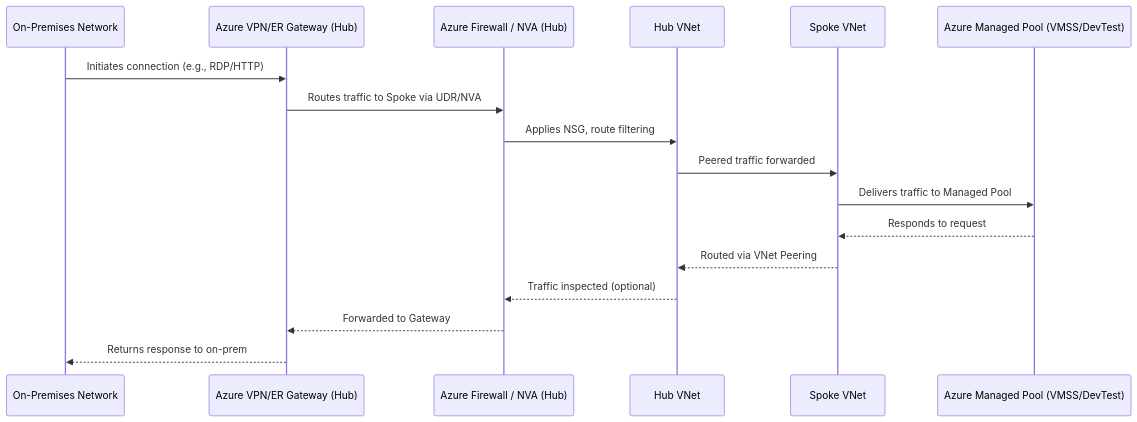
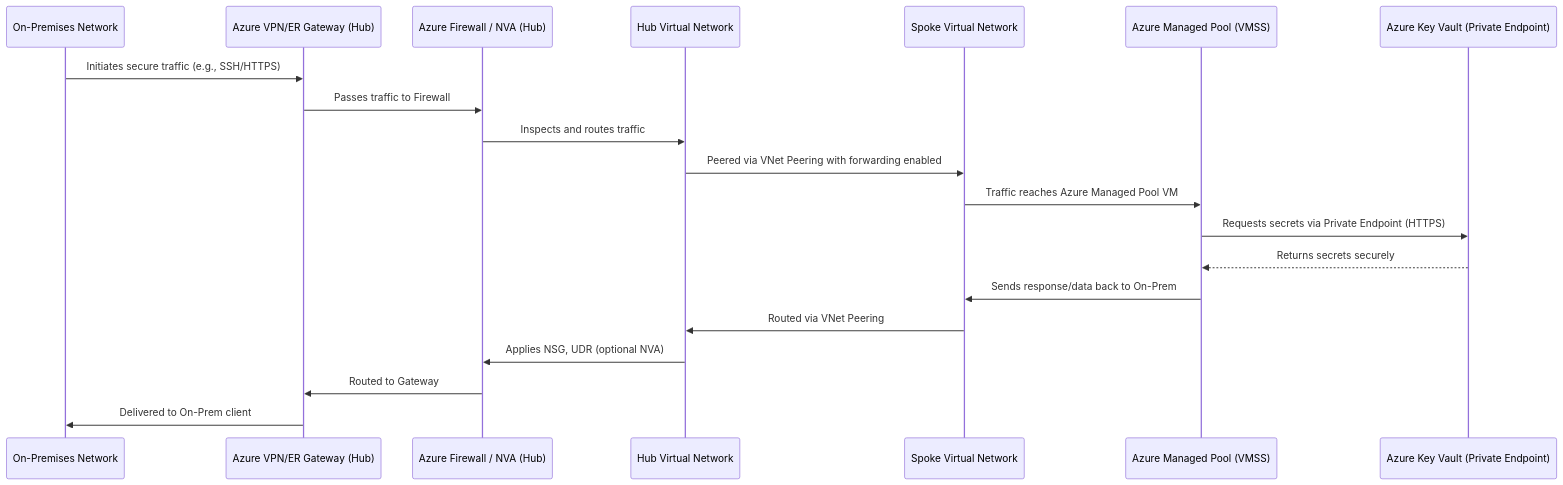
One commit to oigbokwe73/Azure-Policy-On-Resource-Group changed the first of 7 diagrams in README.md. Above: the diagram before and after it, drawn with Mermaid. The commit also changed other lines of this file, not shown here.

````diff
--- a/README.md
+++ b/README.md
@@ -18,21 +13,28 @@
 ```mermaid
 sequenceDiagram
     participant OnPrem as On-Premises Network
     participant VPNGW as Azure VPN/ER Gateway (Hub)
     participant Firewall as Azure Firewall / NVA (Hub)
-    participant HubVNet as Hub VNet
-    participant SpokeVNet as Spoke VNet
-    participant ManagedPool as Azure Managed Pool (VMSS/DevTest)
+    participant HubVNet as Hub Virtual Network
+    participant SpokeVNet as Spoke Virtual Network
+    participant ManagedPool as Azure Managed Pool (VMSS)
+    participant KeyVault as Azure Key Vault (Private Endpoint)
 
-    OnPrem->>VPNGW: Initiates connection (e.g., RDP/HTTP)
-    VPNGW->>Firewall: Routes traffic to Spoke via UDR/NVA
-    Firewall->>HubVNet: Applies NSG, route filtering
-    HubVNet->>SpokeVNet: Peered traffic forwarded
-    SpokeVNet->>ManagedPool: Delivers traffic to Managed Pool
+    %% === On-Prem → Azure Managed Pool ===
+    OnPrem->>VPNGW: Initiates secure traffic (e.g., SSH/HTTPS)
+    VPNGW->>Firewall: Passes traffic to Firewall
+    Firewall->>HubVNet: Inspects and routes traffic
+    HubVNet->>SpokeVNet: Peered via VNet Peering with forwarding enabled
+    SpokeVNet->>ManagedPool: Traffic reaches Azure Managed Pool VM
 
-    ManagedPool-->>SpokeVNet: Responds to request
-    SpokeVNet-->>HubVNet: Routed via VNet Peering
-    HubVNet-->>Firewall: Traffic inspected (optional)
-    Firewall-->>VPNGW: Forwarded to Gateway
-    VPNGW-->>OnPrem: Returns response to on-prem
+    %% === Managed Pool → Key Vault Access ===
+    ManagedPool->>KeyVault: Requests secrets via Private Endpoint (HTTPS)
+    KeyVault-->>ManagedPool: Returns secrets securely
+
+    %% === Azure Managed Pool → On-Prem (Bidirectional) ===
+    ManagedPool->>SpokeVNet: Sends response/data back to On-Prem
+    SpokeVNet->>HubVNet: Routed via VNet Peering
+    HubVNet->>Firewall: Applies NSG, UDR (optional NVA)
+    Firewall->>VPNGW: Routed to Gateway
+    VPNGW->>OnPrem: Delivered to On-Prem client
 ```
````
